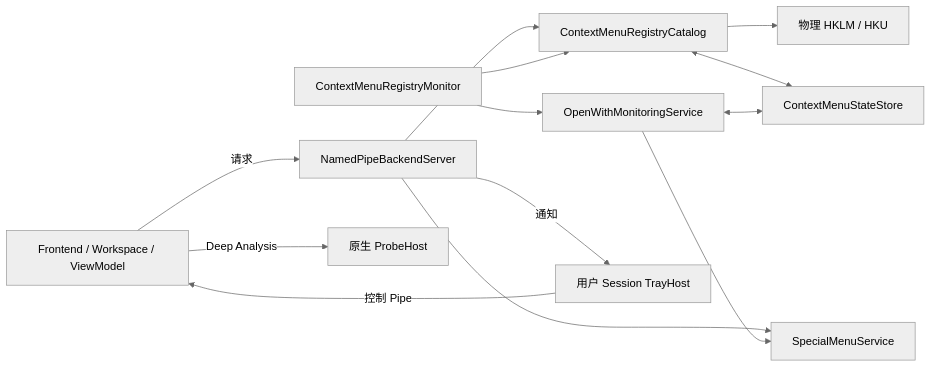
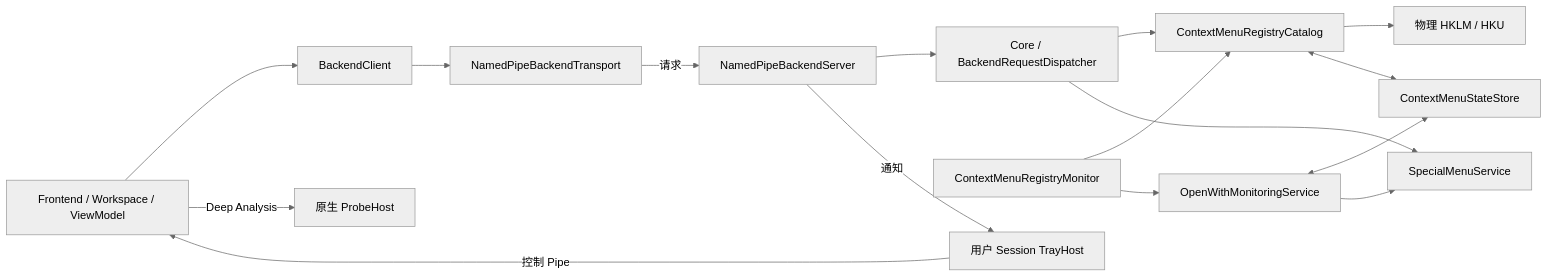
Before and after one commit to PLFJY/ContextMenuMgr: the diagram in docs/architecture-overview.md, drawn with Mermaid (neutral theme). The commit also changed other lines of this file and 87 other files, not shown here.

Commit message:
refactor: extract shared backend core and pipe transport

````diff
--- a/docs/architecture-overview.md
+++ b/docs/architecture-overview.md
@@ -20,15 +21,18 @@
 ```mermaid
 flowchart LR
-  UI[Frontend / Workspace / ViewModel] -->|请求| Pipe[NamedPipeBackendServer]
-  Pipe --> Catalog[ContextMenuRegistryCatalog]
-  Pipe --> Special[SpecialMenuService]
+  UI[Frontend / Workspace / ViewModel] --> Client[BackendClient]
+  Client --> Transport[NamedPipeBackendTransport]
+  Transport -->|请求| Pipe[NamedPipeBackendServer]
+  Pipe --> Dispatcher[Core / BackendRequestDispatcher]
+  Dispatcher --> Catalog[ContextMenuRegistryCatalog]
+  Dispatcher --> Special[SpecialMenuService]
   Catalog --> Registry[物理 HKLM / HKU]
   Catalog <--> Store[ContextMenuStateStore]
   Monitor[ContextMenuRegistryMonitor] --> Catalog
   Monitor --> OpenWith[OpenWithMonitoringService]
   OpenWith <--> Store
   OpenWith --> Special
   Pipe -->|通知| Tray[用户 Session TrayHost]
   Tray -->|控制 Pipe| UI
   UI -->|Deep Analysis| Probe[原生 ProbeHost]
 ```
````
